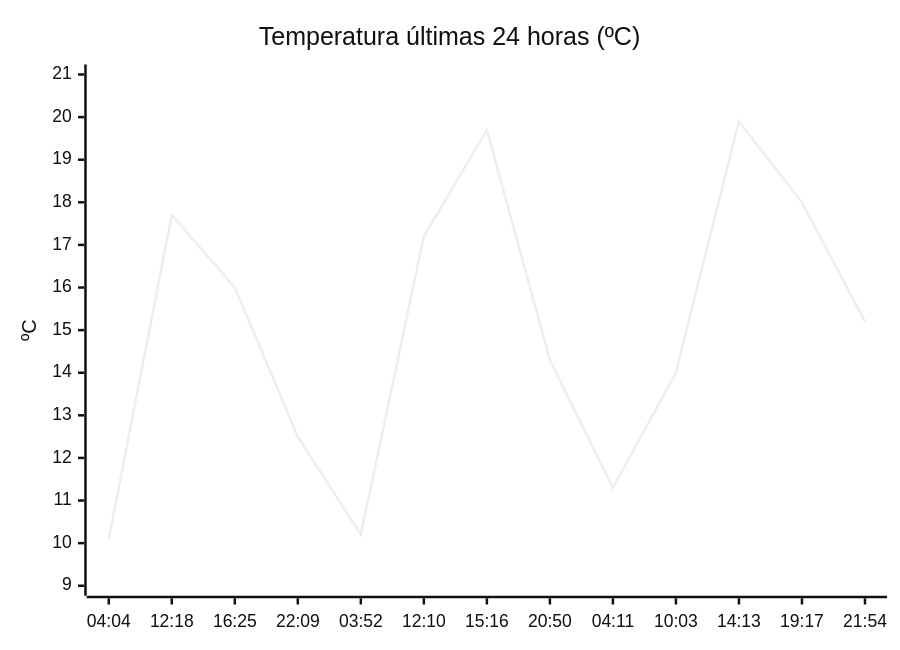
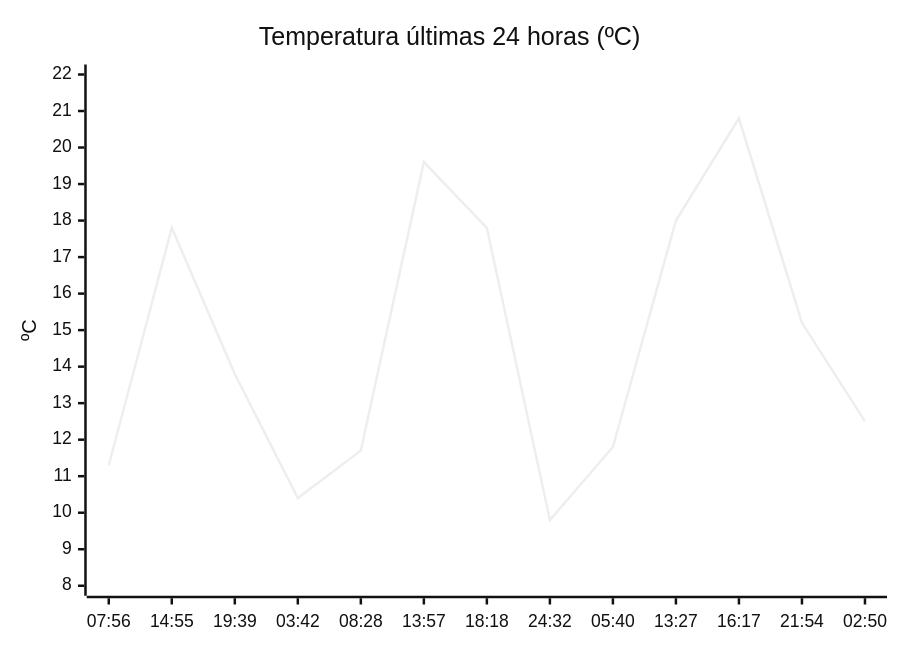
One commit to solidsnk86/rem-scrap changed the diagram in README.md. Above: the diagram before and after it, drawn with Mermaid (neutral theme). The commit also changed other lines of this file, not shown here.

````diff
--- a/README.md
+++ b/README.md
@@ -36,7 +36,7 @@
 ```mermaid
 xychart-beta
     title "Temperatura últimas 24 horas (ºC)"
-    x-axis ["04:04", "12:18", "16:25", "22:09", "03:52", "12:10", "15:16", "20:50", "04:11", "10:03", "14:13", "19:17", "21:54"]
-    y-axis "ºC" 9 --> 21
-    line [10.1, 17.7, 16, 12.5, 10.2, 17.2, 19.7, 14.3, 11.3, 14, 19.9, 18, 15.2]
+    x-axis ["07:56", "14:55", "19:39", "03:42", "08:28", "13:57", "18:18", "24:32", "05:40", "13:27", "16:17", "21:54", "02:50"]
+    y-axis "ºC" 8 --> 22
+    line [11.3, 17.8, 13.8, 10.4, 11.7, 19.6, 17.8, 9.8, 11.8, 18, 20.8, 15.2, 12.5]
 ```
````
